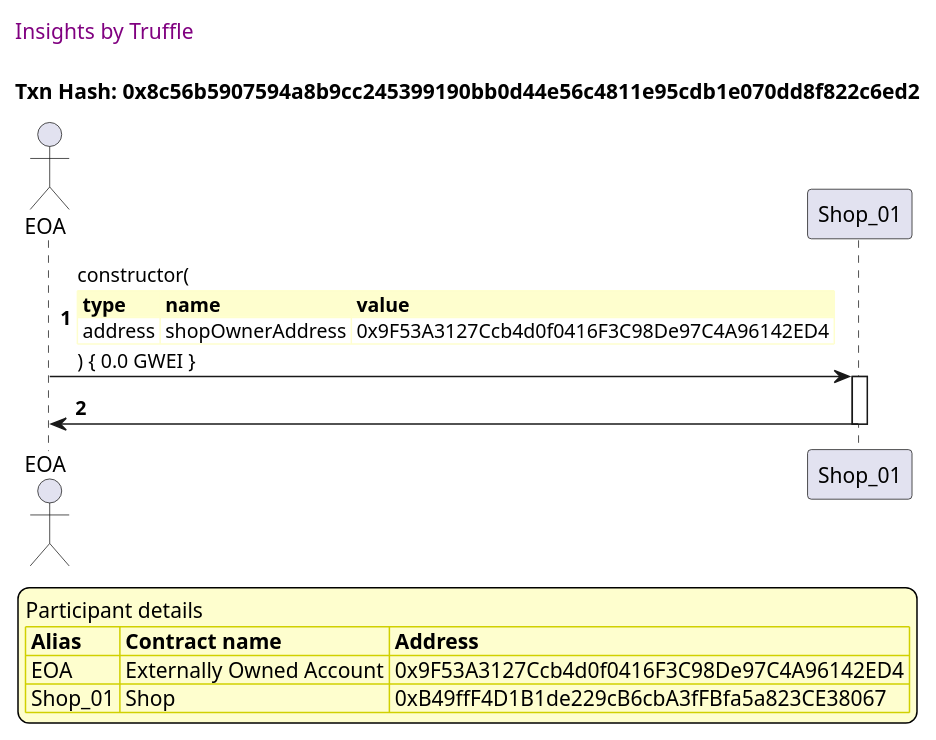
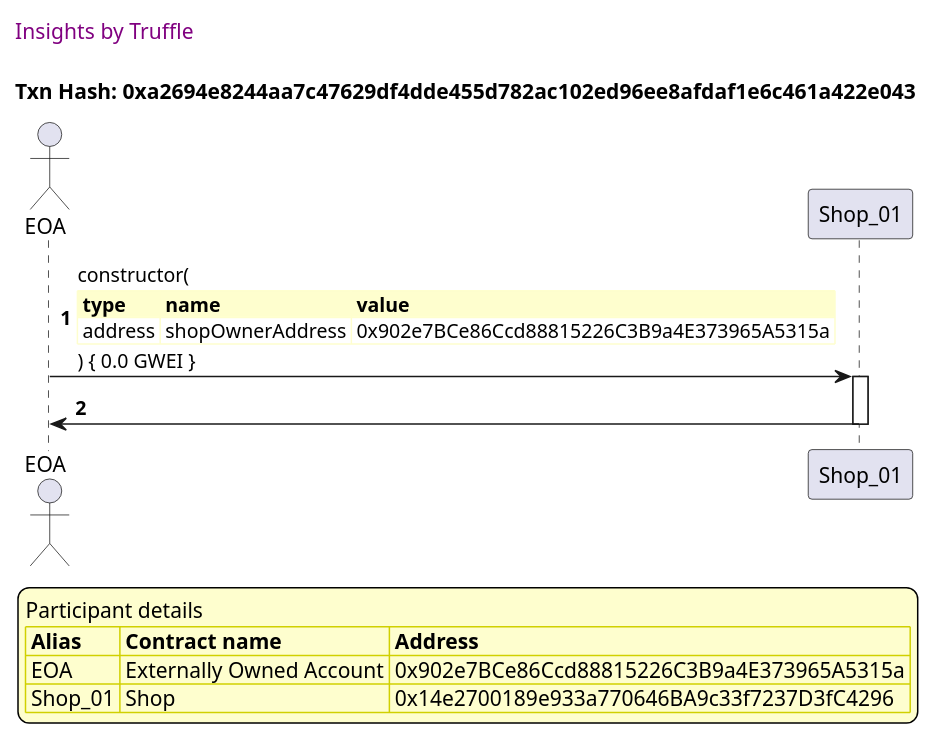
One commit to thedarkjester/ConsensysAssignment changed the first of 4 diagrams in truffle-seq/Shop_test_add_shop.md. Above: the diagram before and after it, drawn with PlantUML. The commit also changed other lines of this file and 13 other files, not shown here.

````diff
--- a/truffle-seq/Shop_test_add_shop.md
+++ b/truffle-seq/Shop_test_add_shop.md
@@ -13,40 +13,40 @@
 ```plantuml
 
 
 @startuml
 
 autonumber
 skinparam legendBackgroundColor #FEFECE
 
 <style>
       header {
         HorizontalAlignment left
         FontColor purple
         FontSize 14
         Padding 10
       }
     </style>
 
 header Insights by Truffle
 
-title Txn Hash: 0x8c56b5907594a8b9cc245399190bb0d44e56c4811e95cdb1e070dd8f822c6ed2
+title Txn Hash: 0xa2694e8244aa7c47629df4dde455d782ac102ed96ee8afdaf1e6c461a422e043
 
 
 actor EOA as "EOA"
 participant Shop_01 as "Shop_01"
 
 "EOA" -> "Shop_01" ++: constructor(\n\
 <#FEFECE,#FEFECE>|= type |= name |= value |\n\
-| address | shopOwnerAddress | 0x9F53A3127Ccb4d0f0416F3C98De97C4A96142ED4 |\n\
+| address | shopOwnerAddress | 0x902e7BCe86Ccd88815226C3B9a4E373965A5315a |\n\
 ) { 0.0 GWEI }
 "Shop_01" -> "EOA" --: 
 
 legend
 Participant details
 <#FEFECE,#D0D000>|= Alias |= Contract name |= Address |
-<#FEFECE>| EOA | Externally Owned Account | 0x9F53A3127Ccb4d0f0416F3C98De97C4A96142ED4 |
-<#FEFECE>| Shop_01 | Shop | 0xB49ffF4D1B1de229cB6cbA3fFBfa5a823CE38067 |
+<#FEFECE>| EOA | Externally Owned Account | 0x902e7BCe86Ccd88815226C3B9a4E373965A5315a |
+<#FEFECE>| Shop_01 | Shop | 0x14e2700189e933a770646BA9c33f7237D3fC4296 |
 endlegend
 
 @enduml
 ```
````
